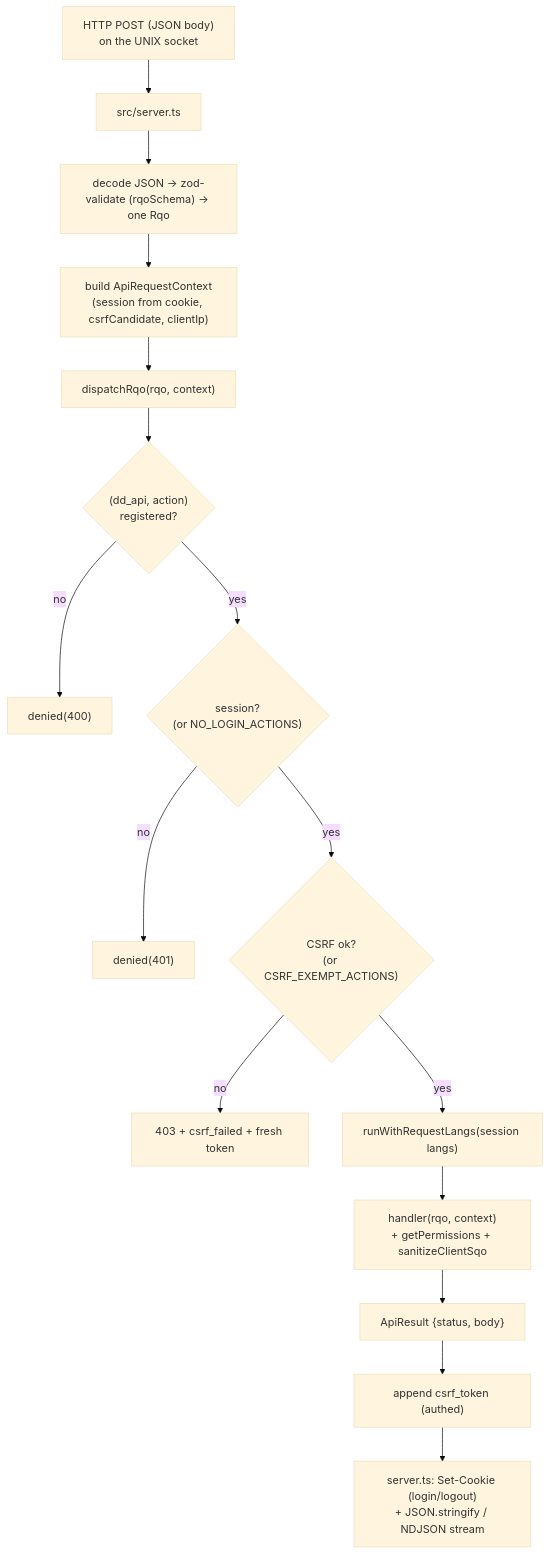
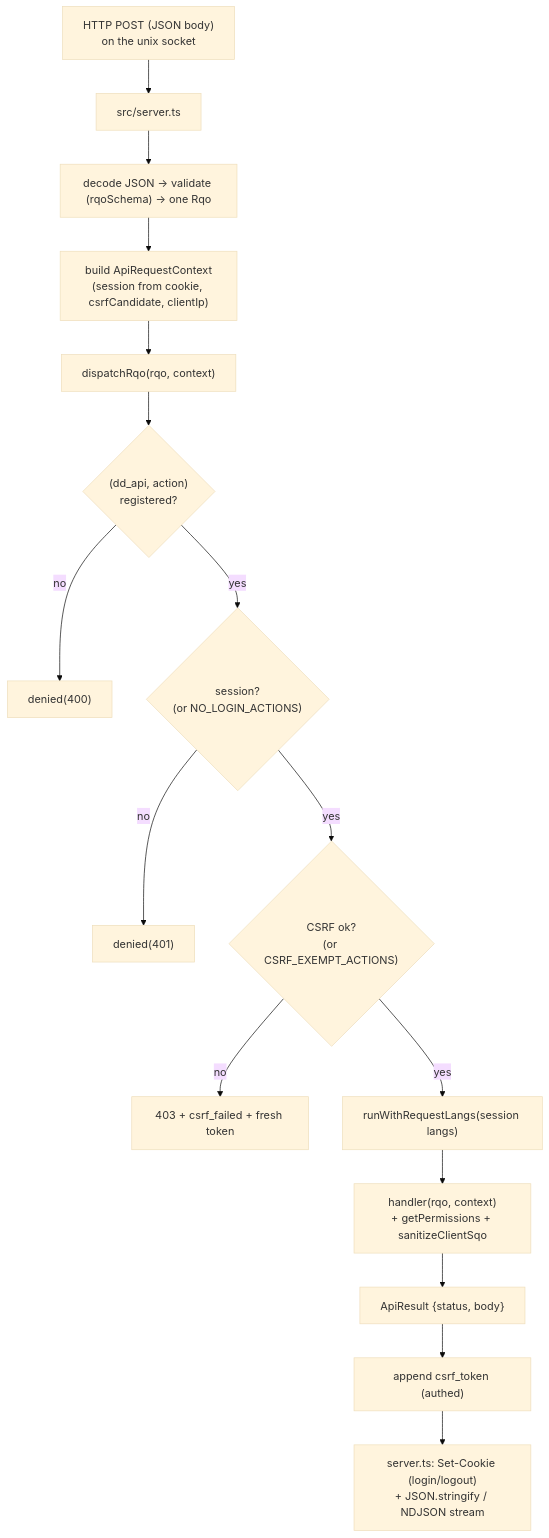
Before and after one commit to renderpci/dedalo: the diagram in docs/core/system/api.md, drawn with Mermaid (base theme). The commit also changed other lines of this file, not shown here.

````diff
--- a/docs/core/system/api.md
+++ b/docs/core/system/api.md
@@ -149,18 +131,18 @@
 ```mermaid
 flowchart TD
-    H["HTTP POST (JSON body)<br/>on the UNIX socket"] --> SRV["src/server.ts"]
-    SRV --> DEC["decode JSON → zod-validate (rqoSchema) → one Rqo"]
+    H["HTTP POST (JSON body)<br/>on the unix socket"] --> SRV["src/server.ts"]
+    SRV --> DEC["decode JSON → validate (rqoSchema) → one Rqo"]
     DEC --> CTX["build ApiRequestContext<br/>(session from cookie, csrfCandidate, clientIp)"]
     CTX --> DISP["dispatchRqo(rqo, context)"]
     DISP --> G1{"(dd_api, action)<br/>registered?"}
     G1 -->|no| ERR["denied(400)"]
     G1 -->|yes| G2{"session?<br/>(or NO_LOGIN_ACTIONS)"}
     G2 -->|no| ERR2["denied(401)"]
     G2 -->|yes| G3{"CSRF ok?<br/>(or CSRF_EXEMPT_ACTIONS)"}
     G3 -->|no| ERR3["403 + csrf_failed + fresh token"]
     G3 -->|yes| LANG["runWithRequestLangs(session langs)"]
     LANG --> EXE["handler(rqo, context)<br/>+ getPermissions + sanitizeClientSqo"]
     EXE --> RES["ApiResult {status, body}"]
     RES --> STAMP["append csrf_token (authed)"]
     STAMP --> OUT["server.ts: Set-Cookie (login/logout)<br/>+ JSON.stringify / NDJSON stream"]
 ```
````
